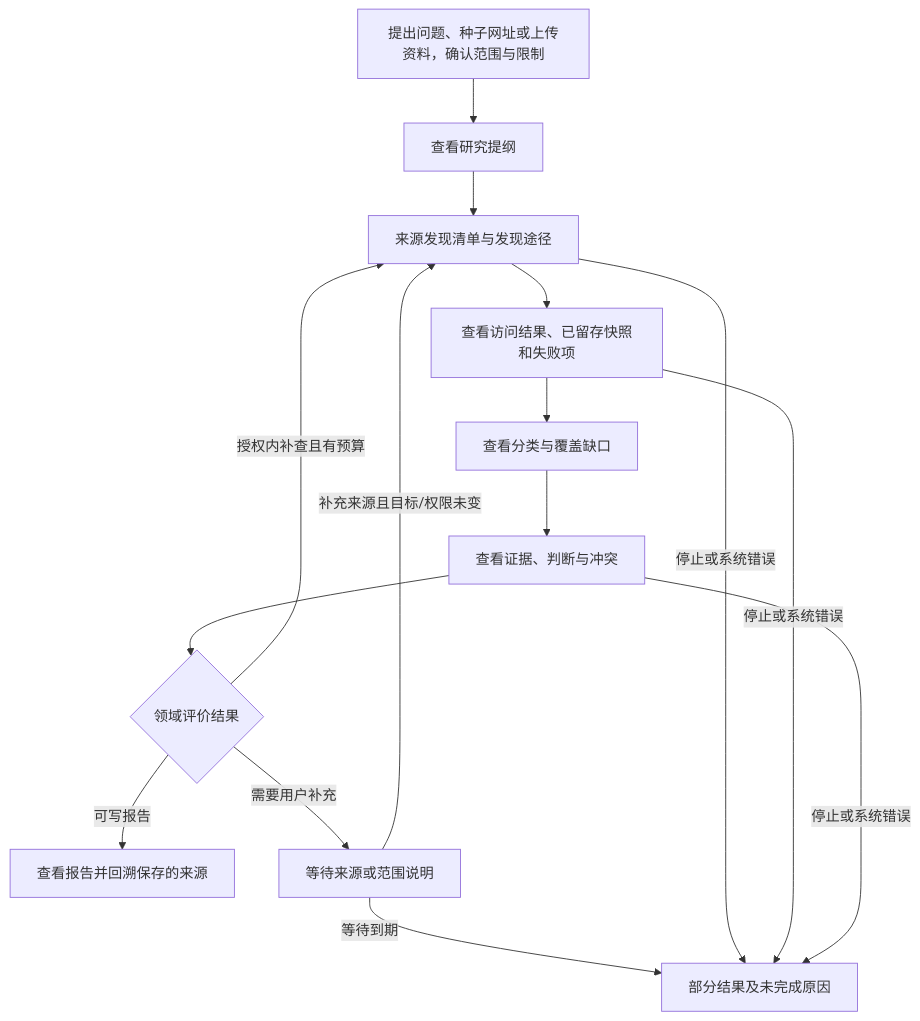
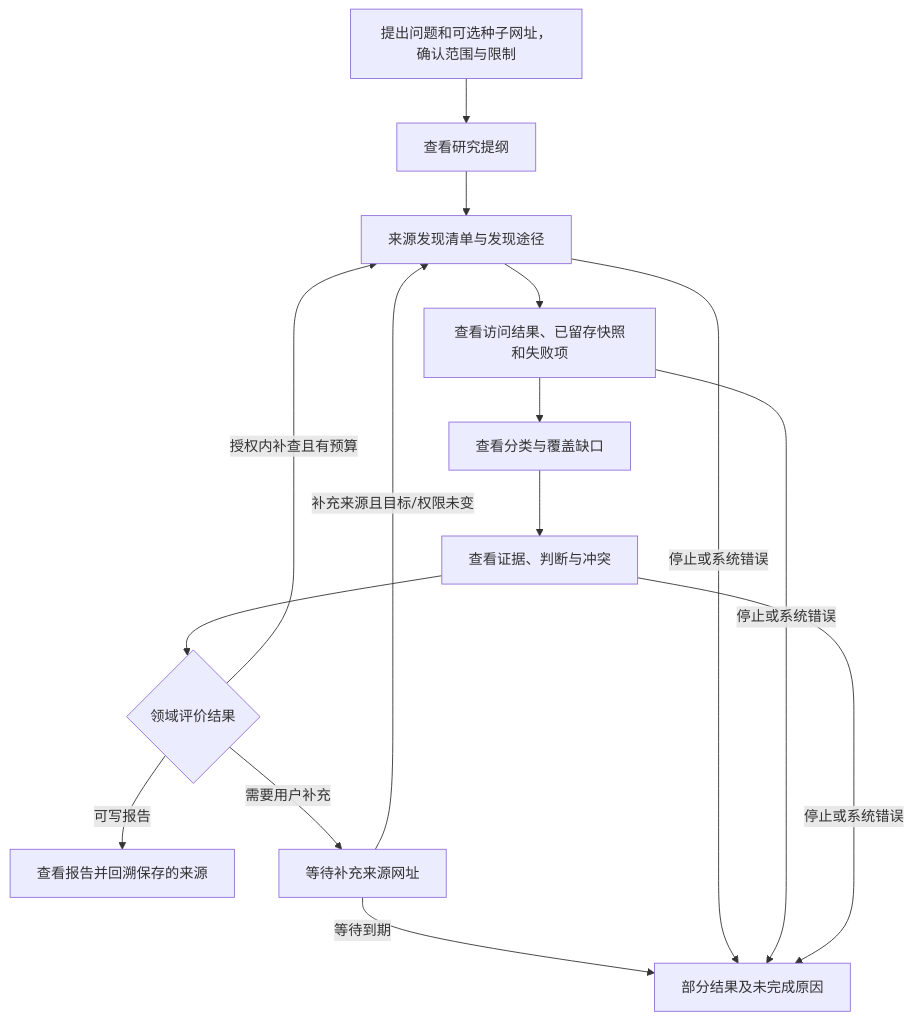
One commit to xforce-io/inquiry changed the first of 2 diagrams in docs/design/1-minimal-research-loop.md. Above: the diagram before and after it, drawn with Mermaid. The commit also changed other lines of this file and 6 other files, not shown here.

````diff
--- a/docs/design/1-minimal-research-loop.md
+++ b/docs/design/1-minimal-research-loop.md
@@ -80,17 +80,17 @@
 ```mermaid
 flowchart TD
-  A[提出问题、种子网址或上传资料，确认范围与限制] --> B[查看研究提纲]
+  A[提出问题和可选种子网址，确认范围与限制] --> B[查看研究提纲]
   B --> C[来源发现清单与发现途径]
   C --> D[查看访问结果、已留存快照和失败项]
   D --> E[查看分类与覆盖缺口]
   E --> F[查看证据、判断与冲突]
   F --> G{领域评价结果}
   G -- 可写报告 --> H[查看报告并回溯保存的来源]
   G -- 授权内补查且有预算 --> C
-  G -- 需要用户补充 --> I[等待来源或范围说明]
+  G -- 需要用户补充 --> I[等待补充来源网址]
   I -- 补充来源且目标/权限未变 --> C
   I -- 等待到期 --> J[部分结果及未完成原因]
   C -- 停止或系统错误 --> J
   D -- 停止或系统错误 --> J
   F -- 停止或系统错误 --> J
 ```
````
